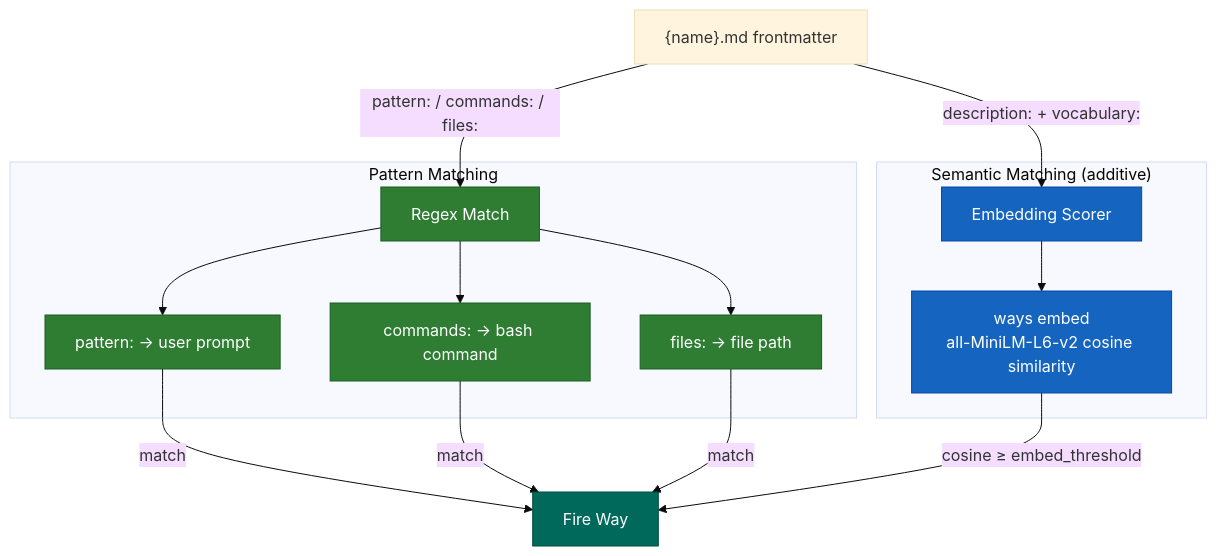
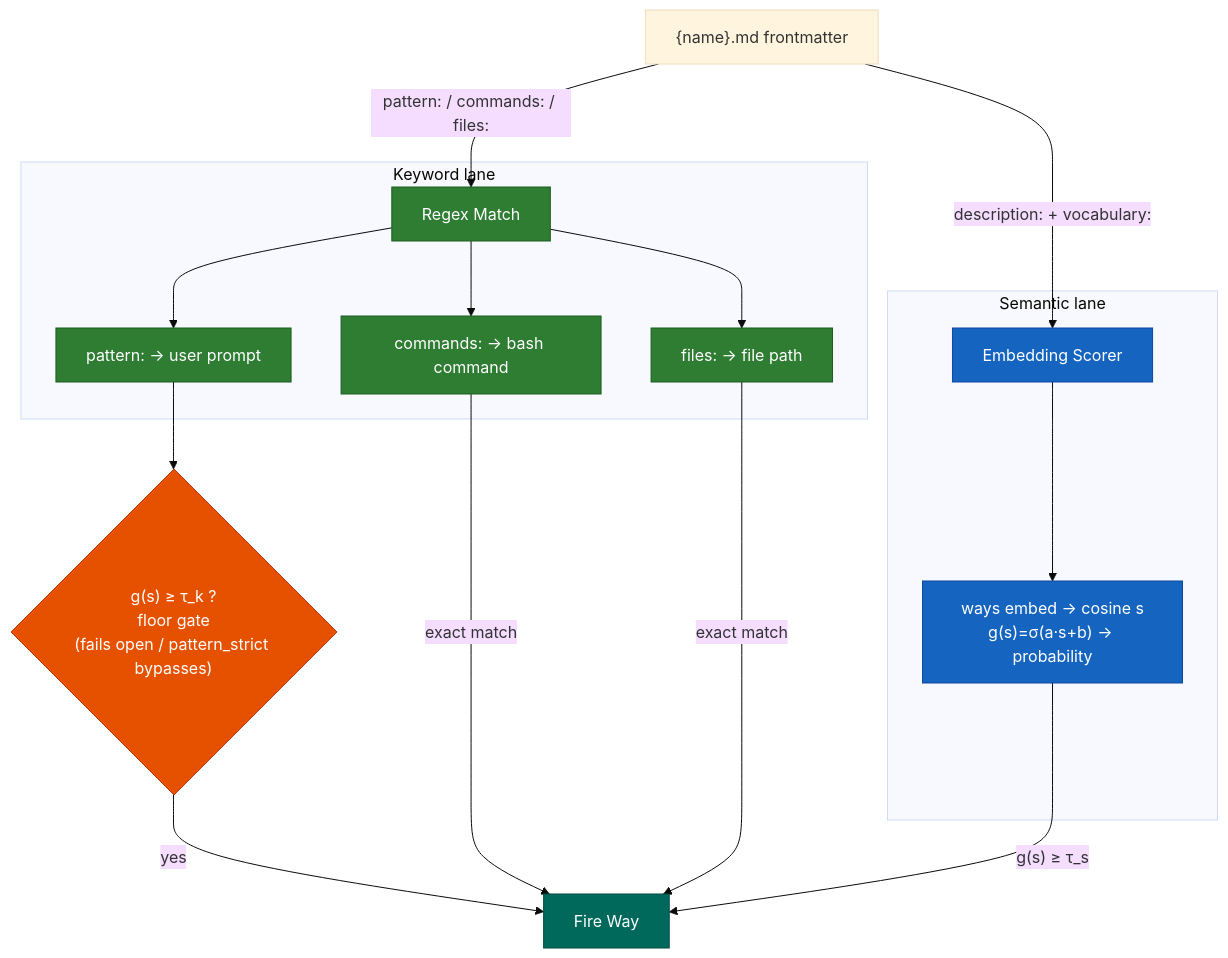
The second of 6 diagrams in docs/hooks-and-ways.md (aaronsb/agent-ways), drawn with Mermaid (base theme) before and after one commit. The commit also changed other lines of this file and 6 other files, not shown here.

````diff
--- a/docs/hooks-and-ways.md
+++ b/docs/hooks-and-ways.md
@@ -131,28 +138,29 @@
 ```mermaid
 flowchart TD
     classDef regex fill:#2E7D32,stroke:#1B5E20,color:#fff
     classDef semantic fill:#1565C0,stroke:#0D47A1,color:#fff
     classDef decision fill:#E65100,stroke:#BF360C,color:#fff
     classDef result fill:#00695C,stroke:#004D40,color:#fff
 
     W["{name}.md frontmatter"]
     W -->|"pattern: / commands: / files:"| R
     W -->|"description: + vocabulary:"| S
 
-    subgraph RX ["Pattern Matching"]
+    subgraph RX ["Keyword lane"]
         R[Regex Match]:::regex
         R --> RP["pattern: → user prompt"]:::regex
         R --> RC["commands: → bash command"]:::regex
         R --> RF["files: → file path"]:::regex
     end
 
-    subgraph SM ["Semantic Matching (additive)"]
+    subgraph SM ["Semantic lane"]
         S[Embedding Scorer]:::semantic
-        S --> BM["ways embed<br/>all-MiniLM-L6-v2 cosine similarity"]:::semantic
+        S --> BM["ways embed → cosine s<br/>g(s)=σ(a·s+b) → probability"]:::semantic
     end
 
-    RP -->|match| FIRE[Fire Way]:::result
-    RC -->|match| FIRE
-    RF -->|match| FIRE
-    BM -->|"cosine ≥ embed_threshold"| FIRE
+    RP --> GATE{"g(s) ≥ τ_k ?<br/>floor gate<br/>(fails open / pattern_strict bypasses)"}:::decision
+    GATE -->|"yes"| FIRE[Fire Way]:::result
+    RC -->|"exact match"| FIRE
+    RF -->|"exact match"| FIRE
+    BM -->|"g(s) ≥ τ_s"| FIRE
 ```
````
